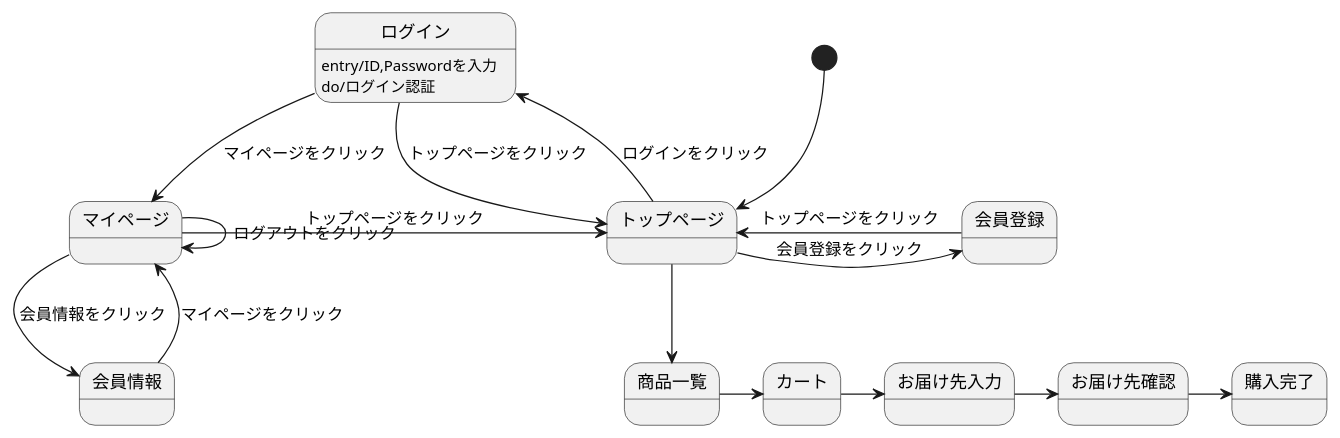
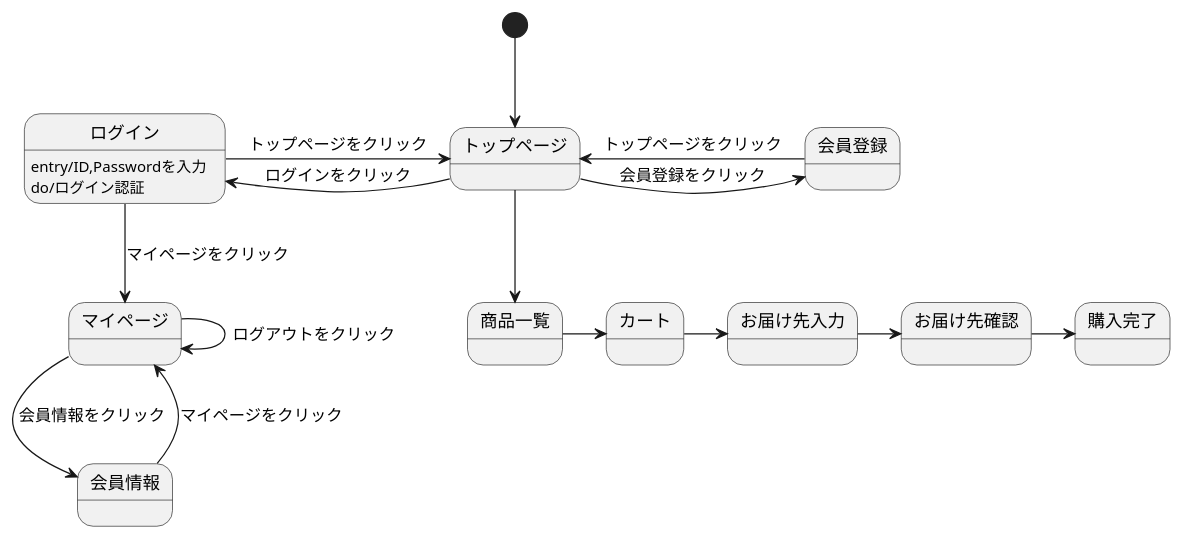
Before and after one commit to Aso2001163/2021sys-design-2: the diagram in stm01.md, drawn with PlantUML.

````diff
--- a/stm01.md
+++ b/stm01.md
@@ -1,21 +1,20 @@
 ```uml
 @startuml
 [*] --> トップページ
 トップページ -> 会員登録 : 会員登録をクリック
 会員登録 -> トップページ : トップページをクリック
 トップページ -left-> ログイン : ログインをクリック
 ログイン -> トップページ : トップページをクリック
 ログイン -down-> マイページ : マイページをクリック
 ログイン:entry/ID,Passwordを入力
 ログイン:do/ログイン認証
 マイページ --> マイページ : ログアウトをクリック
-マイページ -> トップページ : トップページをクリック
 マイページ -down-> 会員情報 : 会員情報をクリック
 会員情報 -> マイページ : マイページをクリック
 トップページ --> 商品一覧
 商品一覧 -> カート
 カート -> お届け先入力
 お届け先入力 -> お届け先確認
 お届け先確認 -> 購入完了
 @enduml
 ```
````
